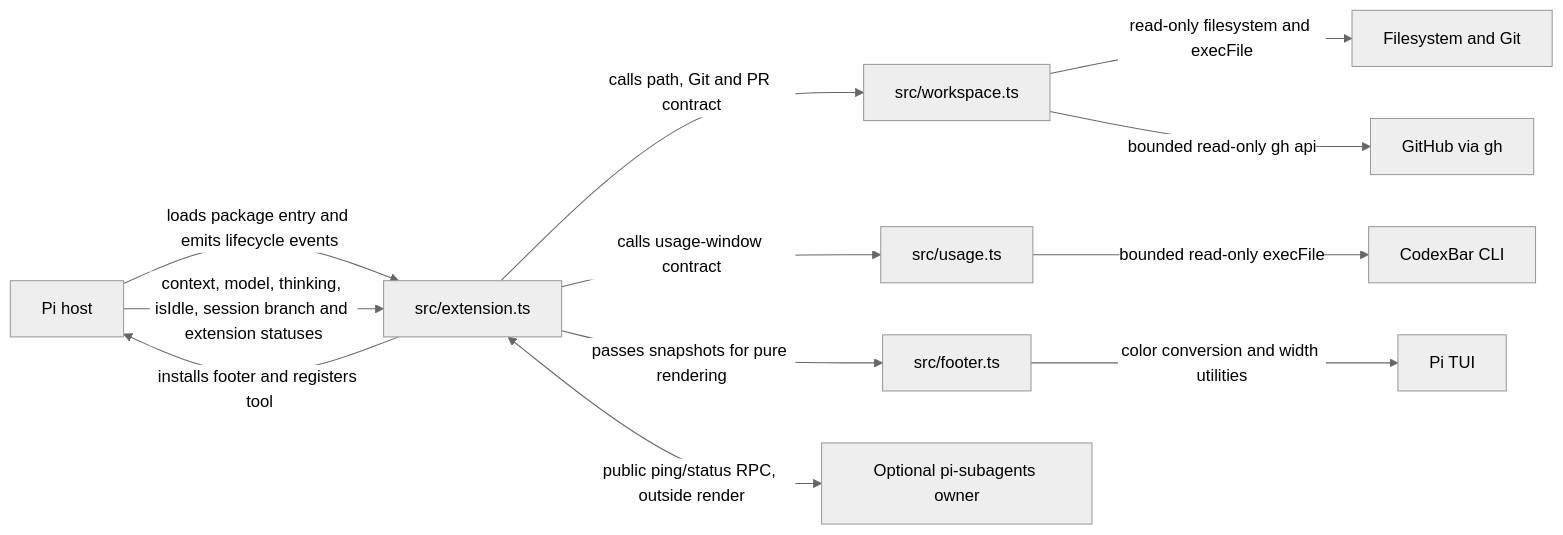
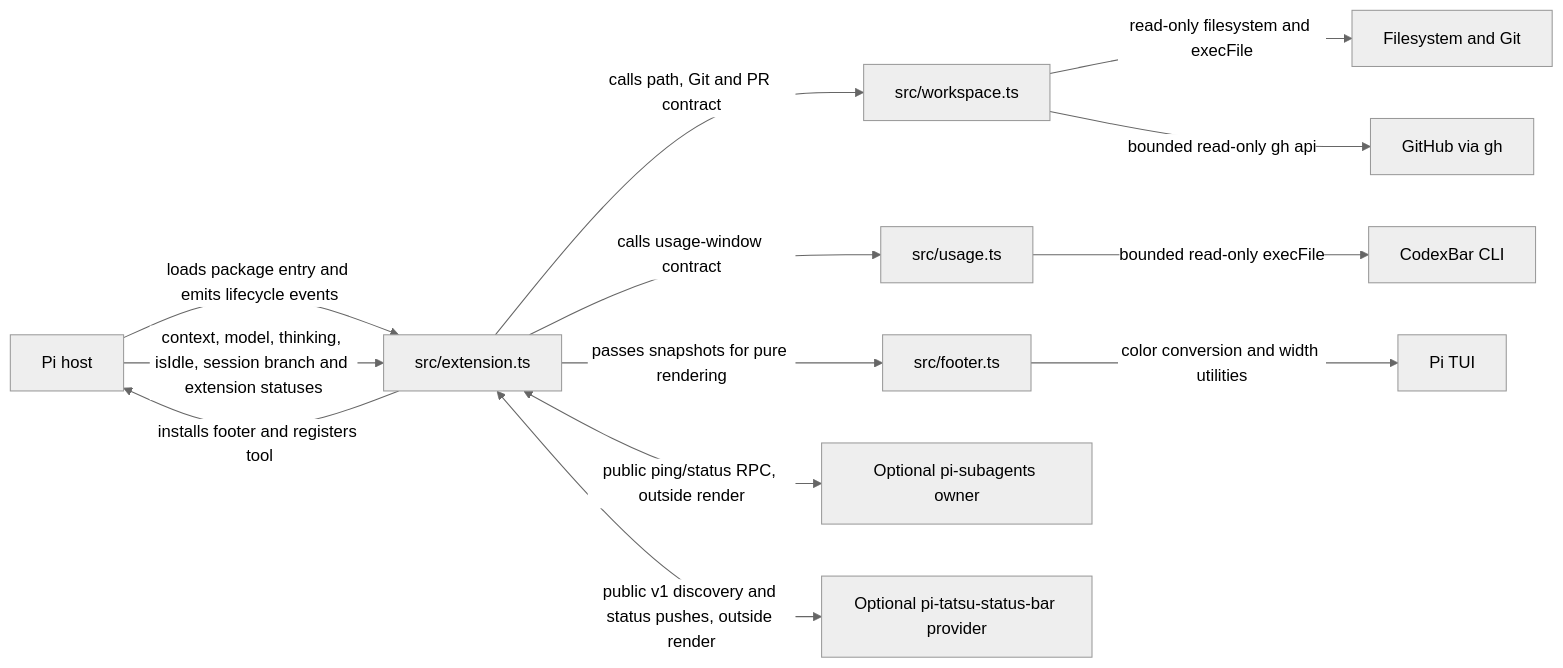
The first of 2 diagrams in pi/status-bar/docs/architecture.md (jigenator/industrial-os), drawn with Mermaid (neutral theme) before and after one commit. The commit also changed other lines of this file and 9 other files, not shown here.

First line of the commit message:
feat: structured Tatsu status in EXT

````diff
--- a/pi/status-bar/docs/architecture.md
+++ b/pi/status-bar/docs/architecture.md
@@ -8,14 +8,15 @@
 ```mermaid
 flowchart LR
   Host[Pi host] -->|loads package entry and emits lifecycle events| Extension[src/extension.ts]
   Extension -->|calls path, Git and PR contract| Workspace[src/workspace.ts]
   Extension -->|calls usage-window contract| Usage[src/usage.ts]
   Extension -->|passes snapshots for pure rendering| Footer[src/footer.ts]
   Host -->|context, model, thinking, isIdle, session branch and extension statuses| Extension
   Extension <-->|public ping/status RPC, outside render| Fleet[Optional pi-subagents owner]
+  Extension <-->|public v1 discovery and status pushes, outside render| Tatsu[Optional pi-tatsu-status-bar provider]
   Workspace -->|read-only filesystem and execFile| Local[Filesystem and Git]
   Workspace -->|bounded read-only gh api| GitHub[GitHub via gh]
   Usage -->|bounded read-only execFile| CodexBar[CodexBar CLI]
   Footer -->|color conversion and width utilities| TUI[Pi TUI]
   Extension -->|installs footer and registers tool| Host
 ```
````
